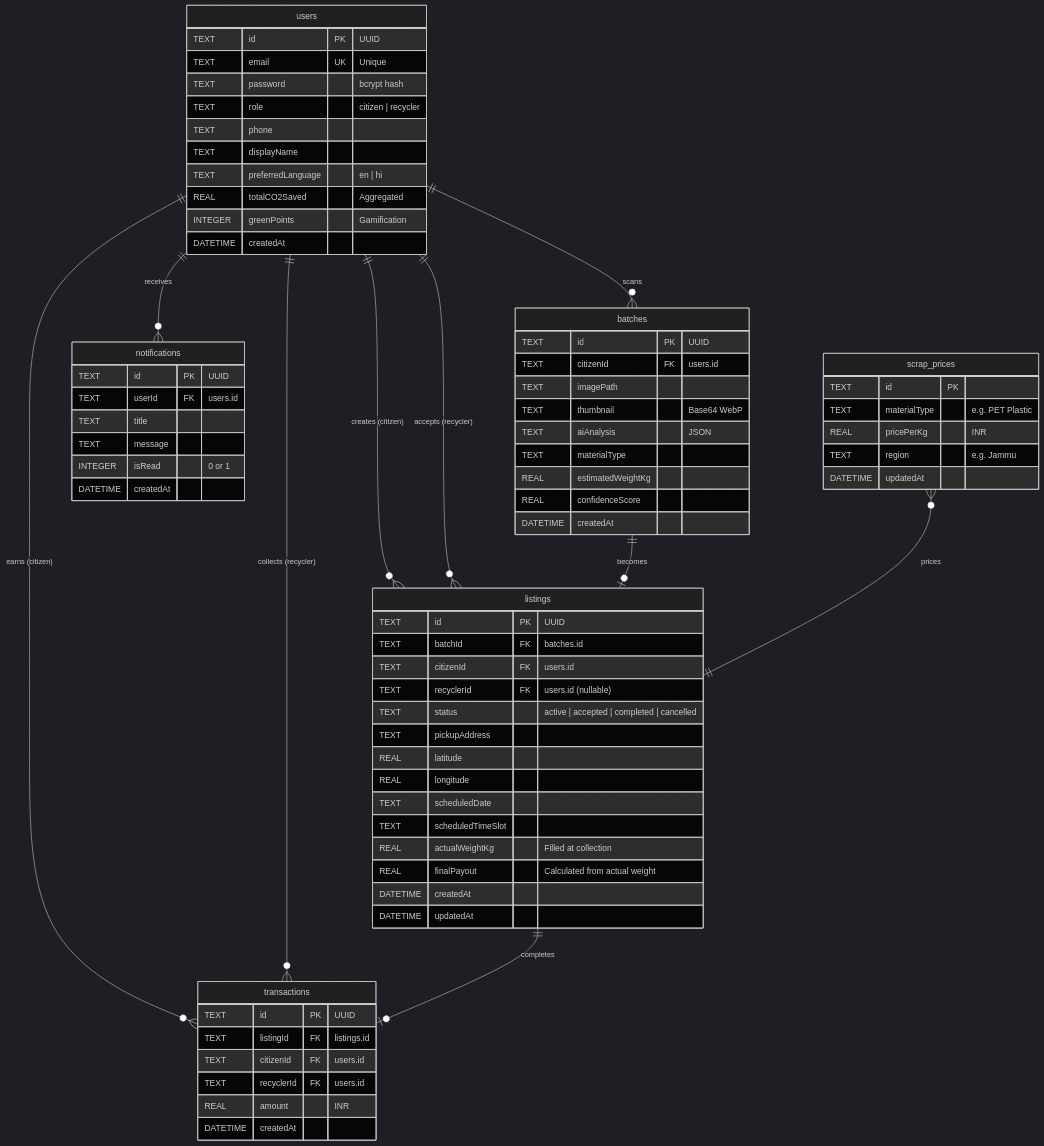
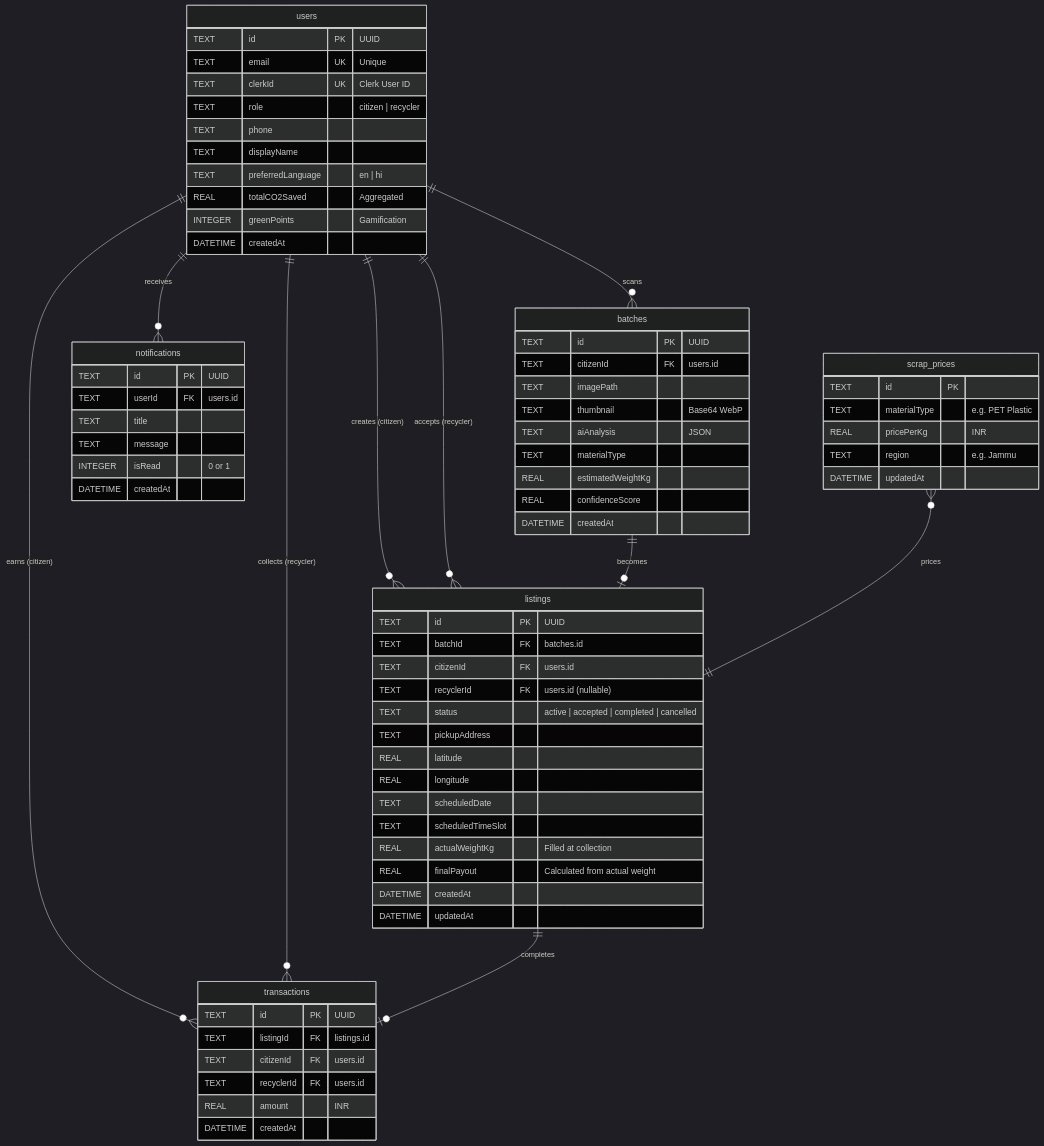
One commit to 1Bharat007/IWIS-GREEN-v1.2 changed the diagram in docs/Database.md. Above: the diagram before and after it, drawn with Mermaid (dark theme). The commit also changed other lines of this file and 20 other files, not shown here.

````diff
--- a/docs/Database.md
+++ b/docs/Database.md
@@ -11,80 +11,80 @@
 ```mermaid
 erDiagram
     users ||--o{ batches : "scans"
     users ||--o{ listings : "creates (citizen)"
     users ||--o{ listings : "accepts (recycler)"
     users ||--o{ transactions : "earns (citizen)"
     users ||--o{ transactions : "collects (recycler)"
     users ||--o{ notifications : "receives"
     batches ||--o| listings : "becomes"
     listings ||--o| transactions : "completes"
     scrap_prices }o--|| listings : "prices"
 
     users {
         TEXT id PK "UUID"
         TEXT email UK "Unique"
-        TEXT password "bcrypt hash"
+        TEXT clerkId UK "Clerk User ID"
         TEXT role "citizen | recycler"
         TEXT phone
         TEXT displayName
         TEXT preferredLanguage "en | hi"
         REAL totalCO2Saved "Aggregated"
         INTEGER greenPoints "Gamification"
         DATETIME createdAt
     }
 
     scrap_prices {
         TEXT id PK
         TEXT materialType "e.g. PET Plastic"
         REAL pricePerKg "INR"
         TEXT region "e.g. Jammu"
         DATETIME updatedAt
     }
 
     batches {
         TEXT id PK "UUID"
         TEXT citizenId FK "users.id"
         TEXT imagePath
         TEXT thumbnail "Base64 WebP"
         TEXT aiAnalysis "JSON"
         TEXT materialType
         REAL estimatedWeightKg
         REAL confidenceScore
         DATETIME createdAt
     }
 
     listings {
         TEXT id PK "UUID"
         TEXT batchId FK "batches.id"
         TEXT citizenId FK "users.id"
         TEXT recyclerId FK "users.id (nullable)"
         TEXT status "active | accepted | completed | cancelled"
         TEXT pickupAddress
         REAL latitude
         REAL longitude
         TEXT scheduledDate
         TEXT scheduledTimeSlot
         REAL actualWeightKg "Filled at collection"
         REAL finalPayout "Calculated from actual weight"
         DATETIME createdAt
         DATETIME updatedAt
     }
 
     transactions {
         TEXT id PK "UUID"
         TEXT listingId FK "listings.id"
         TEXT citizenId FK "users.id"
         TEXT recyclerId FK "users.id"
         REAL amount "INR"
         DATETIME createdAt
     }
 
     notifications {
         TEXT id PK "UUID"
         TEXT userId FK "users.id"
         TEXT title
         TEXT message
         INTEGER isRead "0 or 1"
         DATETIME createdAt
     }
 ```
````
